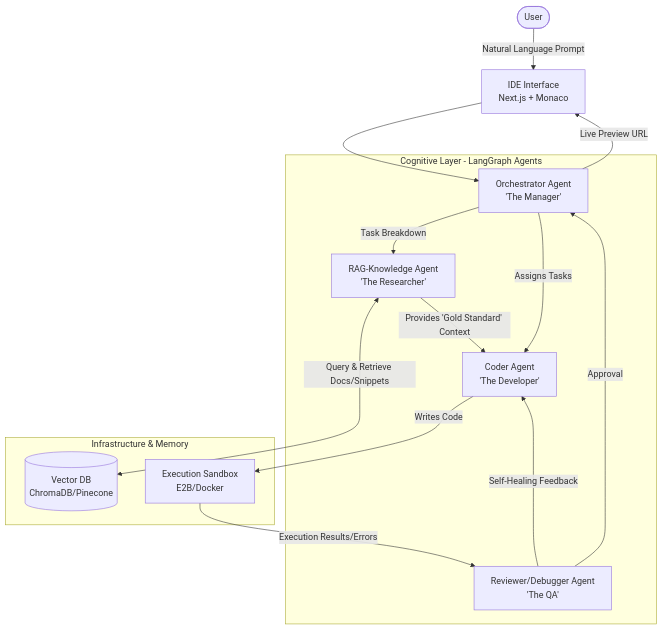
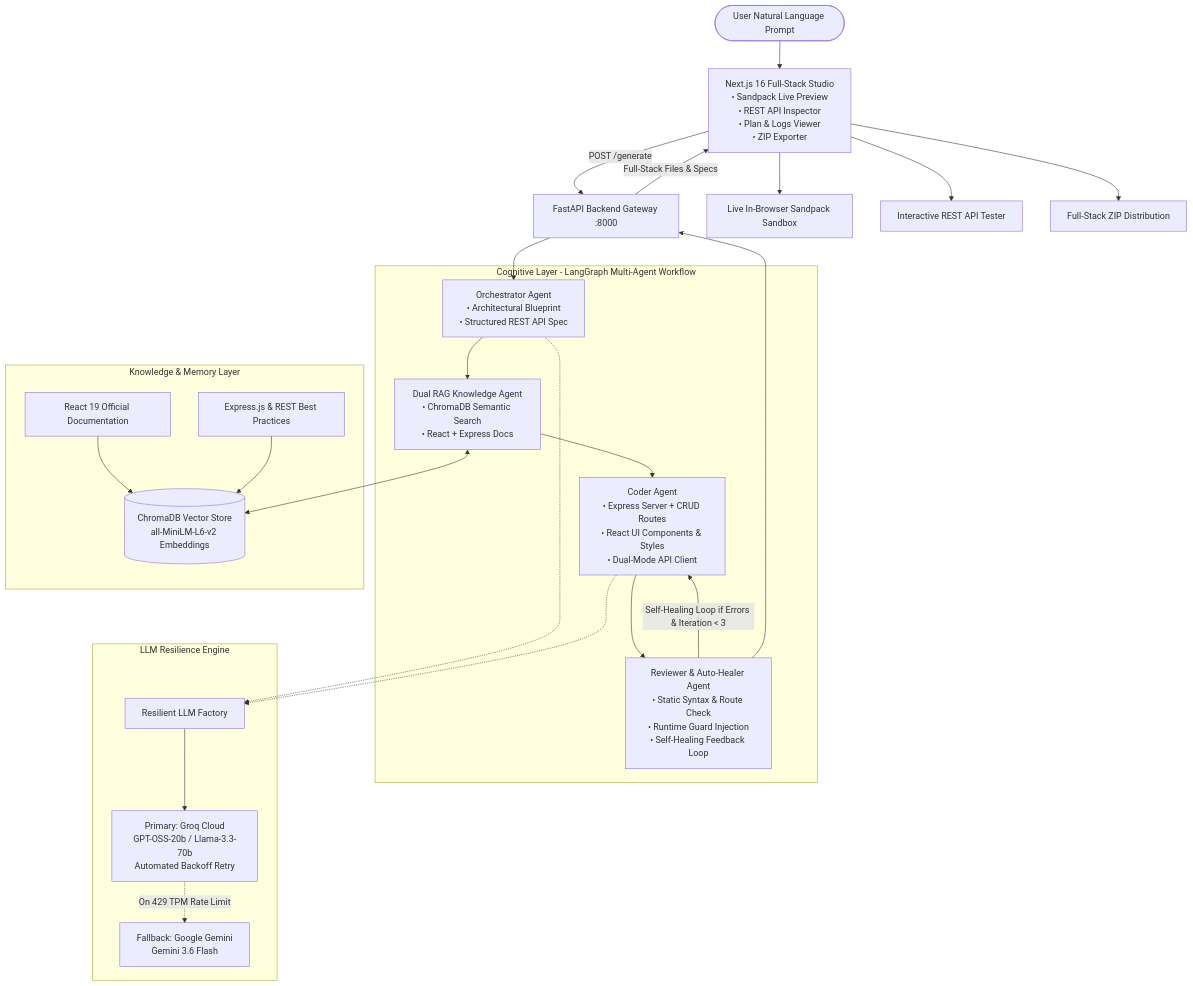
Before and after one commit to Nandinidurga/agentic-webdev: the first of 3 diagrams in architecture_and_workflow.md, drawn with Mermaid. The commit also changed other lines of this file and 23 other files, not shown here.

Commit message:
feat: upgrade to autonomous full-stack generator with Express backend, dual-domain RAG, and resilient multi-provider LLM pipeline

````diff
--- a/architecture_and_workflow.md
+++ b/architecture_and_workflow.md
@@ -12,30 +14,45 @@
 ```mermaid
-graph TD
-    User([User]) --> |"Natural Language Prompt"| UI[IDE Interface\nNext.js + Monaco]
-    UI --> Orchestrator
+flowchart TD
+    User([User Natural Language Prompt]) --> UI[Next.js 16 Full-Stack Studio\n• Sandpack Live Preview\n• REST API Inspector\n• Plan & Logs Viewer\n• ZIP Exporter]
     
-    subgraph Cognitive Layer - LangGraph Agents
-        Orchestrator[Orchestrator Agent\n'The Manager']
-        Knowledge[RAG-Knowledge Agent\n'The Researcher']
-        Coder[Coder Agent\n'The Developer']
-        Reviewer[Reviewer/Debugger Agent\n'The QA']
+    UI -->|POST /generate| Gateway[FastAPI Backend Gateway :8000]
+
+    subgraph Cognitive Layer - LangGraph Multi-Agent Workflow
+        Orchestrator[Orchestrator Agent\n• Architectural Blueprint\n• Structured REST API Spec]
+        Knowledge[Dual RAG Knowledge Agent\n• ChromaDB Semantic Search\n• React + Express Docs]
+        Coder[Coder Agent\n• Express Server + CRUD Routes\n• React UI Components & Styles\n• Dual-Mode API Client]
+        Reviewer[Reviewer & Auto-Healer Agent\n• Static Syntax & Route Check\n• Runtime Guard Injection\n• Self-Healing Feedback Loop]
     end
-    
-    subgraph Infrastructure & Memory
-        VectorDB[(Vector DB\nChromaDB/Pinecone)]
-        Sandbox[Execution Sandbox\nE2B/Docker]
+
+    subgraph LLM Resilience Engine
+        LLMFactory[Resilient LLM Factory]
+        Groq[Primary: Groq Cloud\nGPT-OSS-20b / Llama-3.3-70b\nAutomated Backoff Retry]
+        Gemini[Fallback: Google Gemini\nGemini 3.6 Flash]
     end
-    
-    Orchestrator --> |Task Breakdown| Knowledge
-    Orchestrator --> |Assigns Tasks| Coder
-    
-    Knowledge <--> |Query & Retrieve Docs/Snippets| VectorDB
-    Knowledge --> |Provides 'Gold Standard' Context| Coder
-    
-    Coder --> |Writes Code| Sandbox
-    Sandbox --> |Execution Results/Errors| Reviewer
-    Reviewer --> |Self-Healing Feedback| Coder
-    Reviewer --> |Approval| Orchestrator
-    
-    Orchestrator --> |Live Preview URL| UI
+
+    subgraph Knowledge & Memory Layer
+        Chroma[(ChromaDB Vector Store\nall-MiniLM-L6-v2 Embeddings)]
+        FrontendDocs[React 19 Official Documentation]
+        BackendDocs[Express.js & REST Best Practices]
+    end
+
+    Gateway --> Orchestrator
+    Orchestrator --> Knowledge
+    Knowledge <--> Chroma
+    FrontendDocs --> Chroma
+    BackendDocs --> Chroma
+    Knowledge --> Coder
+    Coder --> Reviewer
+    Reviewer -->|Self-Healing Loop if Errors & Iteration < 3| Coder
+    Reviewer --> Gateway
+
+    Orchestrator -.-> LLMFactory
+    Coder -.-> LLMFactory
+    LLMFactory --> Groq
+    Groq -.->|On 429 TPM Rate Limit| Gemini
+
+    Gateway -->|Full-Stack Files & Specs| UI
+    UI --> Sandpack[Live In-Browser Sandpack Sandbox]
+    UI --> ApiInspector[Interactive REST API Tester]
+    UI --> ZipExport[Full-Stack ZIP Distribution]
 ```
````
